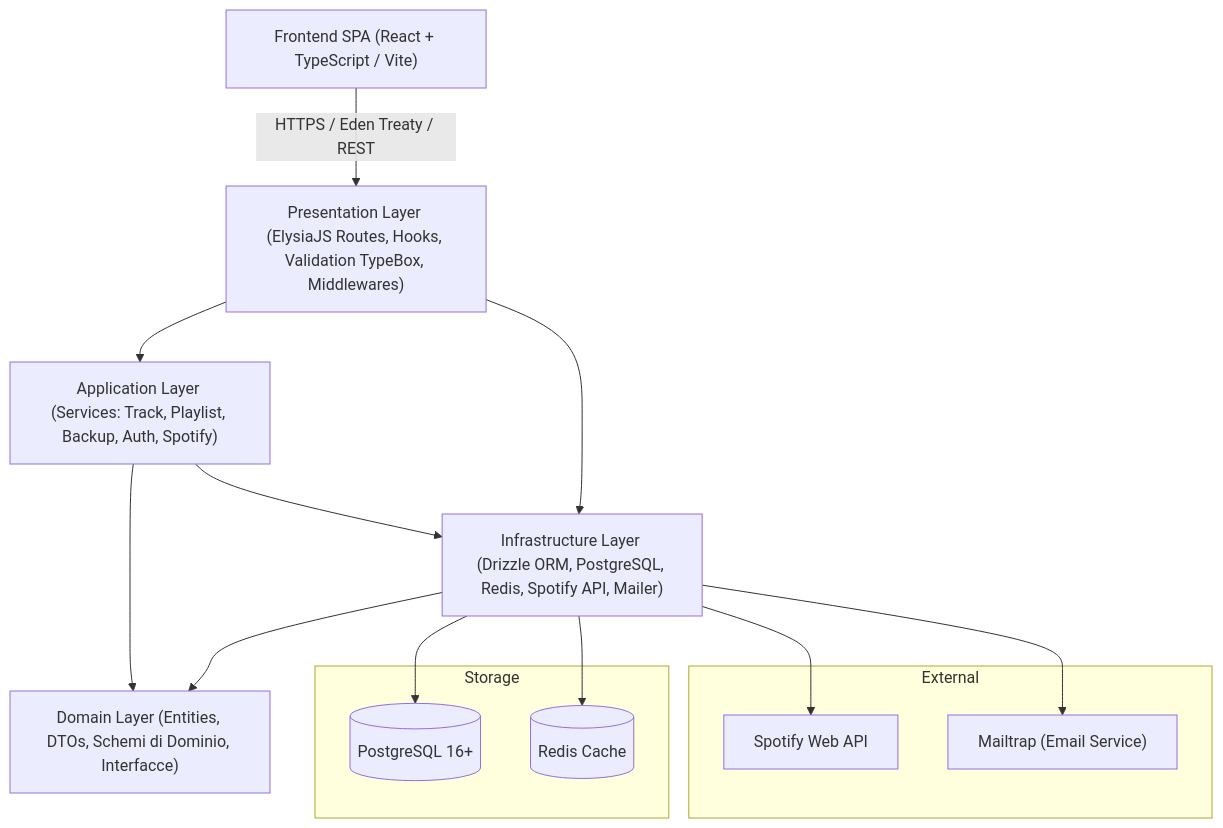
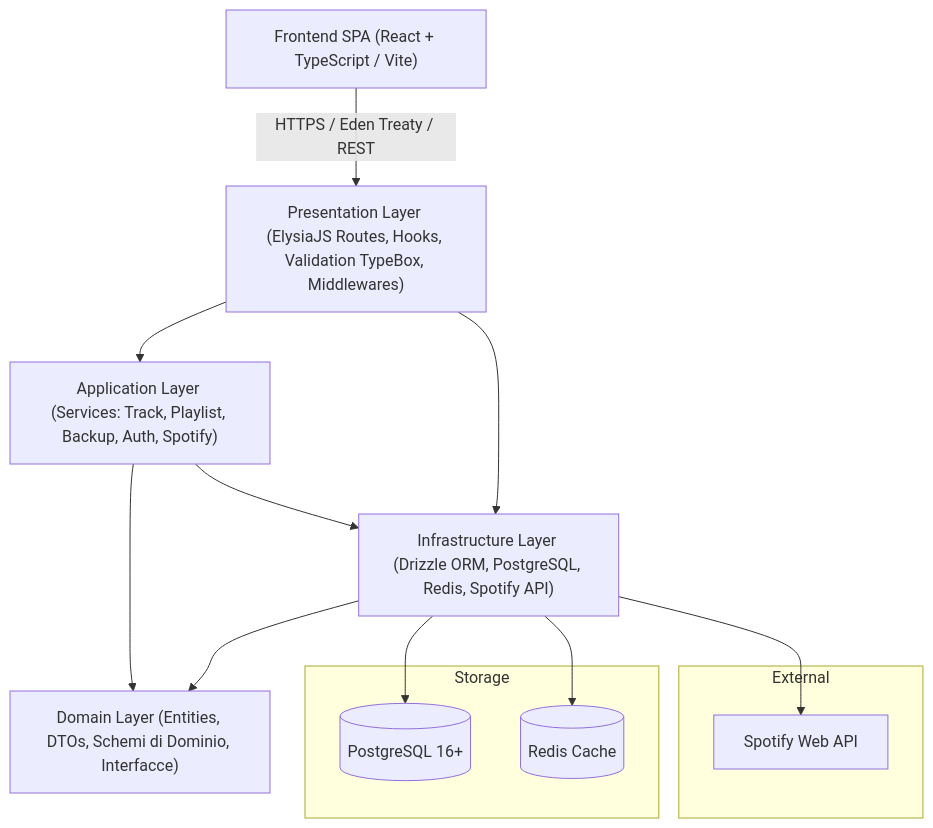
One commit to RubenPari/tracksByPopularity changed the first of 2 diagrams in REQUISITI.md. Above: the diagram before and after it, drawn with Mermaid. The commit also changed other lines of this file, not shown here.

First line of the commit message:
docs: rimuovi Mailtrap, verifica email e reset password dai requisiti

````diff
--- a/REQUISITI.md
+++ b/REQUISITI.md
@@ -22,24 +22,22 @@
 ```mermaid
 graph TD
     Client["Frontend SPA (React + TypeScript / Vite)"] -->|"HTTPS / Eden Treaty / REST"| Presentation["Presentation Layer (ElysiaJS Routes, Hooks, Validation TypeBox, Middlewares)"]
     Presentation --> AppService["Application Layer (Services: Track, Playlist, Backup, Auth, Spotify)"]
     AppService --> Domain["Domain Layer (Entities, DTOs, Schemi di Dominio, Interfacce)"]
-    AppService --> Infra["Infrastructure Layer (Drizzle ORM, PostgreSQL, Redis, Spotify API, Mailer)"]
+    AppService --> Infra["Infrastructure Layer (Drizzle ORM, PostgreSQL, Redis, Spotify API)"]
     Infra --> Domain
     Presentation --> Infra
     
     subgraph Storage
         Postgres[(PostgreSQL 16+)]
         Redis[(Redis Cache)]
     end
     
     subgraph External
         SpotifyAPI["Spotify Web API"]
-        Mailtrap["Mailtrap (Email Service)"]
     end
     
     Infra --> Postgres
     Infra --> Redis
     Infra --> SpotifyAPI
-    Infra --> Mailtrap
 ```
````
